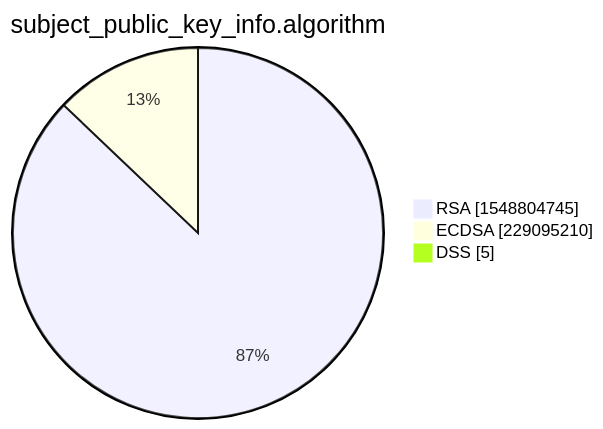
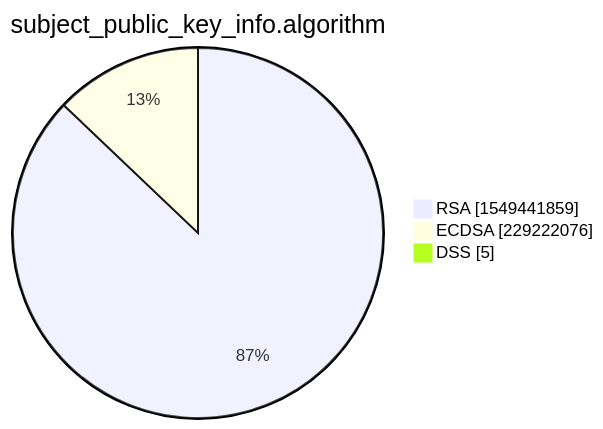
The third of 15 diagrams in xenon2022/README.md (christiankrug/ctmonitor_visualization), drawn with Mermaid before and after one commit. The commit also changed other lines of this file, not shown here.

````diff
--- a/xenon2022/README.md
+++ b/xenon2022/README.md
@@ -14,7 +14,7 @@
 ```mermaid
 pie showData
 title subject_public_key_info.algorithm
-"RSA" :1548804745
-"ECDSA" :229095210
+"RSA" :1549441859
+"ECDSA" :229222076
 "DSS" :5
 ```
````
